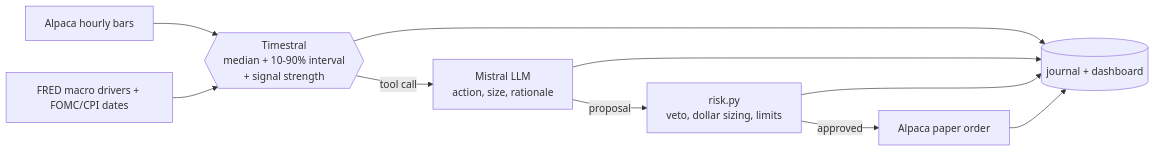
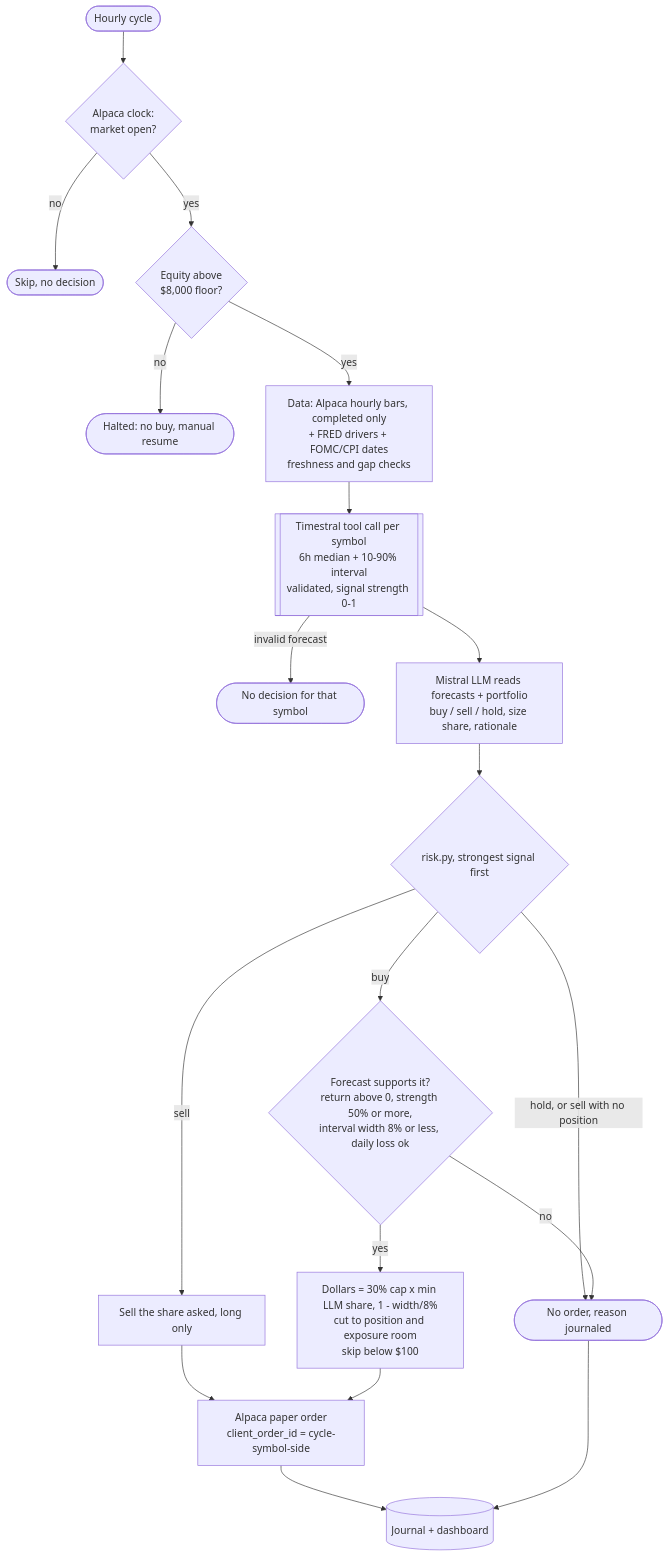
The diagram in README.md (capucine-masson/paper-trading), drawn with Mermaid before and after one commit. The commit also changed other lines of this file and 5 other files, not shown here.

````diff
--- a/README.md
+++ b/README.md
@@ -24,9 +37,21 @@
 ```mermaid
-flowchart LR
-    A[Alpaca hourly bars] --> T
-    F[FRED macro drivers + FOMC/CPI dates] --> T
-    T{{Timestral<br/>median + 10-90% interval<br/>+ signal strength}} -->|tool call| L[Mistral LLM<br/>action, size, rationale]
-    L -->|proposal| R[risk.py<br/>veto, dollar sizing, limits]
-    R -->|approved| O[Alpaca paper order]
-    T & L & R & O --> J[(journal + dashboard)]
+flowchart TD
+    S([Hourly cycle]) --> C{Alpaca clock:<br/>market open?}
+    C -- no --> X([Skip, no decision])
+    C -- yes --> H{Equity above<br/>$8,000 floor?}
+    H -- no --> HX([Halted: no buy, manual resume])
+    H -- yes --> D[Data: Alpaca hourly bars, completed only<br/>+ FRED drivers + FOMC/CPI dates<br/>freshness and gap checks]
+    D --> T[[Timestral tool call per symbol<br/>6h median + 10-90% interval<br/>validated, signal strength 0-1]]
+    T -->|invalid forecast| N([No decision for that symbol])
+    T --> L[Mistral LLM reads forecasts + portfolio<br/>buy / sell / hold, size share, rationale]
+    L --> R{risk.py, strongest signal first}
+    R -->|hold, or sell with no position| V([No order, reason journaled])
+    R -->|sell| SO[Sell the share asked, long only]
+    R -->|buy| G{Forecast supports it?<br/>return above 0, strength 50% or more,<br/>interval width 8% or less, daily loss ok}
+    G -- no --> V
+    G -- yes --> Z[Dollars = 30% cap x min LLM share, 1 - width/8%<br/>cut to position and exposure room<br/>skip below $100]
+    SO --> O
+    Z --> O[Alpaca paper order<br/>client_order_id = cycle-symbol-side]
+    O --> J[(Journal + dashboard)]
+    V --> J
 ```
````
